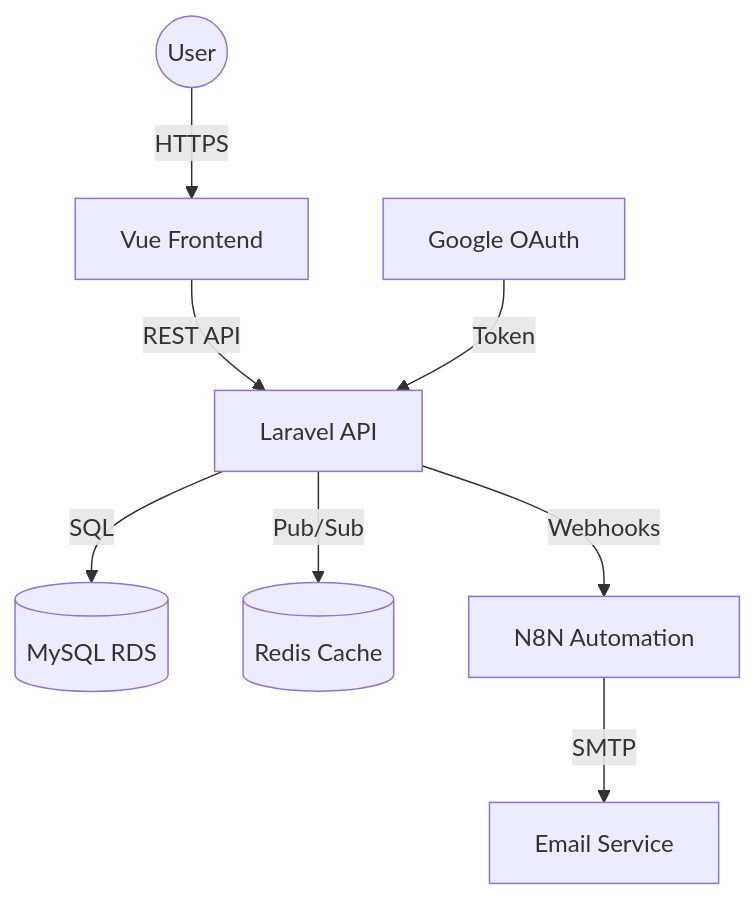
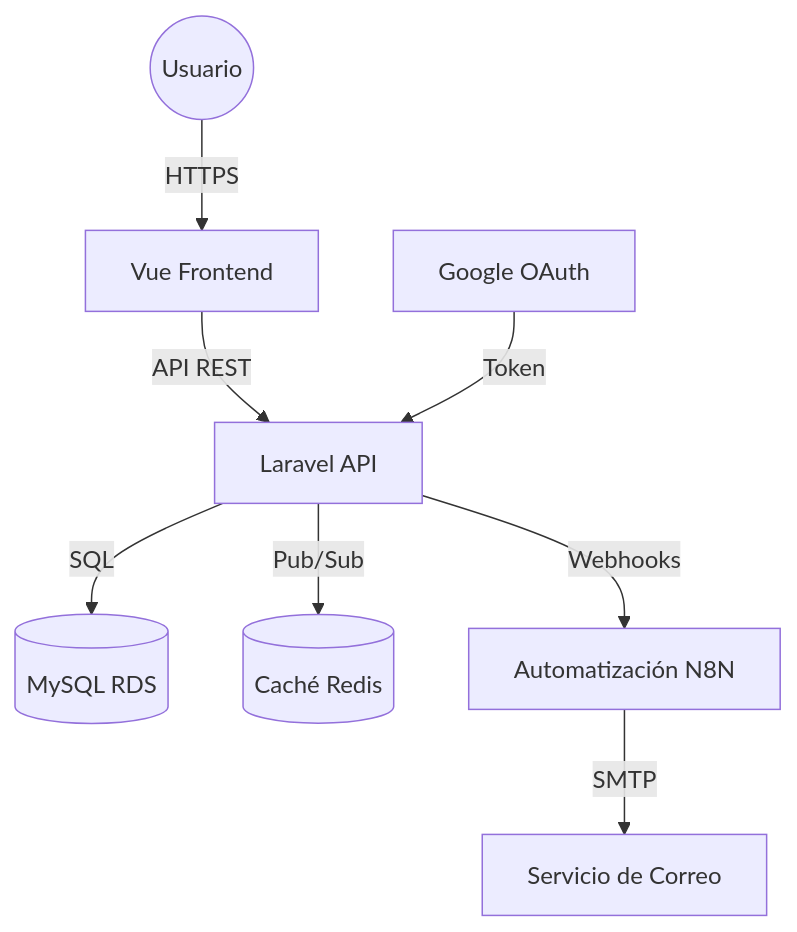
The diagram in DOCS/GLOBAL_ARCHITECTURE.md (PROYECTO-INTEGRADOR-DAW-2/Proyecto-Intermodular-Laravel), drawn with Mermaid before and after one commit. The commit also changed other lines of this file and 5 other files, not shown here.

````diff
--- a/DOCS/GLOBAL_ARCHITECTURE.md
+++ b/DOCS/GLOBAL_ARCHITECTURE.md
@@ -33,10 +33,10 @@
 ```mermaid
 graph TD
-    User((User)) -->|HTTPS| Frontend[Vue Frontend]
-    Frontend -->|REST API| Backend[Laravel API]
+    User((Usuario)) -->|HTTPS| Frontend[Vue Frontend]
+    Frontend -->|API REST| Backend[Laravel API]
     Backend -->|SQL| RDS[(MySQL RDS)]
-    Backend -->|Pub/Sub| Redis[(Redis Cache)]
-    Backend -->|Webhooks| N8N[N8N Automation]
-    N8N -->|SMTP| Email[Email Service]
+    Backend -->|Pub/Sub| Redis[(Caché Redis)]
+    Backend -->|Webhooks| N8N[Automatización N8N]
+    N8N -->|SMTP| Email[Servicio de Correo]
     Auth[Google OAuth] -->|Token| Backend
 ```
````
